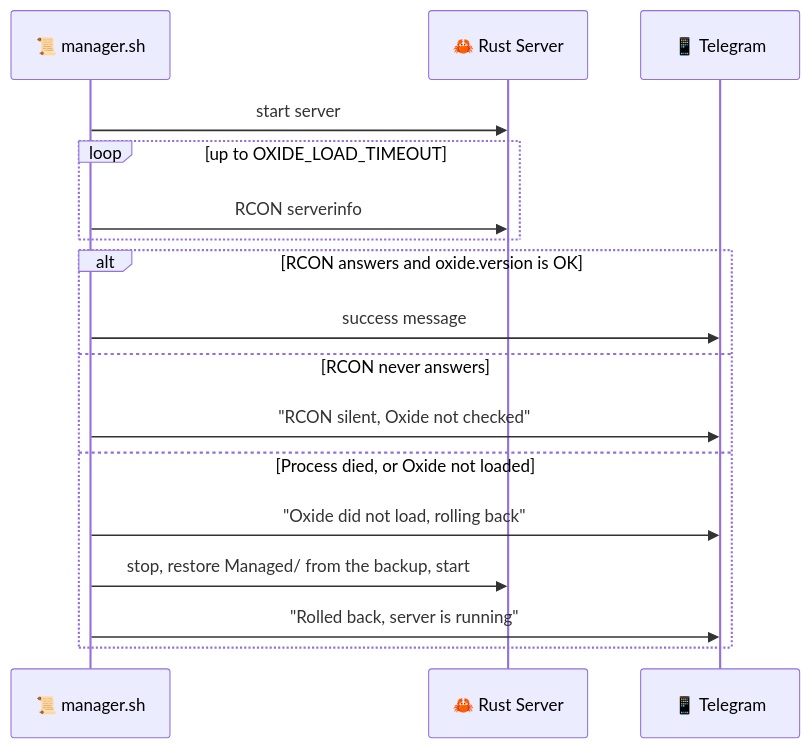
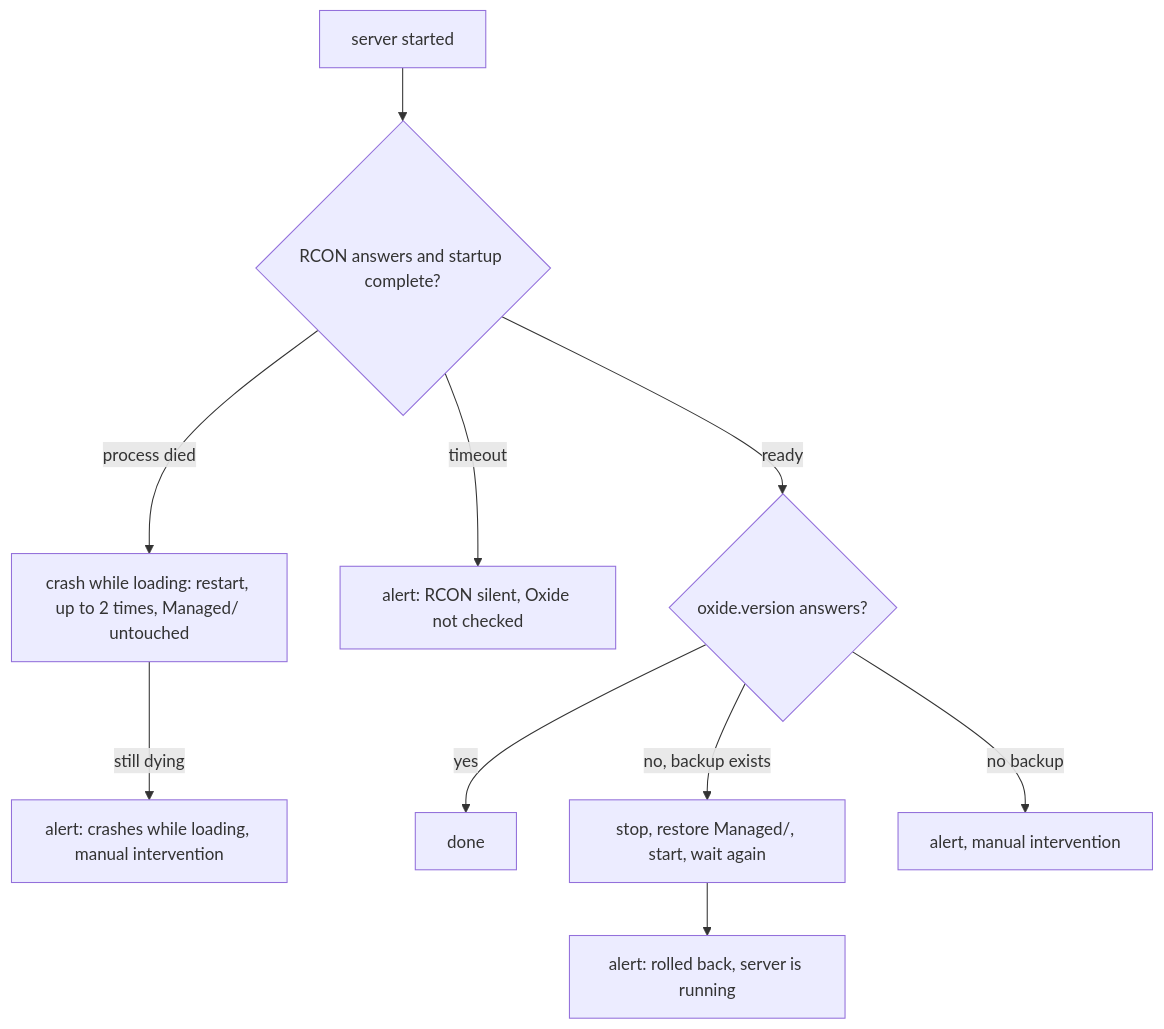
The third of 5 diagrams in README.md (wobujidao/rust-wipe-manager), drawn with Mermaid before and after one commit. The commit also changed other lines of this file and 4 other files, not shown here.

````diff
--- a/README.md
+++ b/README.md
@@ -286,20 +413,12 @@
 ```mermaid
-sequenceDiagram
-    participant M as 📜 manager.sh
-    participant R as 🦀 Rust Server
-    participant T as 📱 Telegram
-
-    M->>R: start server
-    loop up to OXIDE_LOAD_TIMEOUT
-        M->>R: RCON serverinfo
-    end
-    alt RCON answers and oxide.version is OK
-        M->>T: success message
-    else RCON never answers
-        M->>T: "RCON silent, Oxide not checked"
-    else Process died, or Oxide not loaded
-        M->>T: "Oxide did not load, rolling back"
-        M->>R: stop, restore Managed/ from the backup, start
-        M->>T: "Rolled back, server is running"
-    end
+flowchart TD
+    S["server started"] --> R{"RCON answers and startup complete?"}
+    R -->|"process died"| CR["crash while loading: restart, up to 2 times, Managed/ untouched"]
+    CR -->|"still dying"| GU["alert: crashes while loading, manual intervention"]
+    R -->|"timeout"| NR["alert: RCON silent, Oxide not checked"]
+    R -->|"ready"| OX{"oxide.version answers?"}
+    OX -->|"yes"| OK["done"]
+    OX -->|"no, backup exists"| RB["stop, restore Managed/, start, wait again"]
+    OX -->|"no backup"| NB["alert, manual intervention"]
+    RB --> OK2["alert: rolled back, server is running"]
 ```
````
